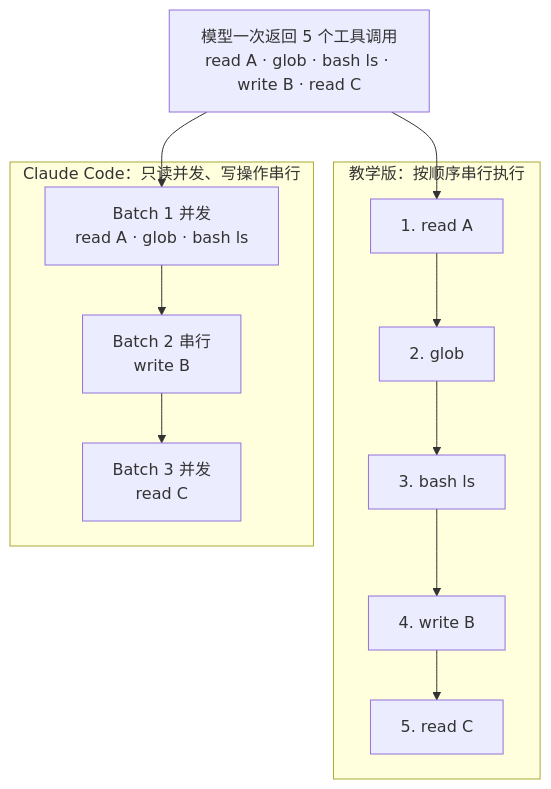
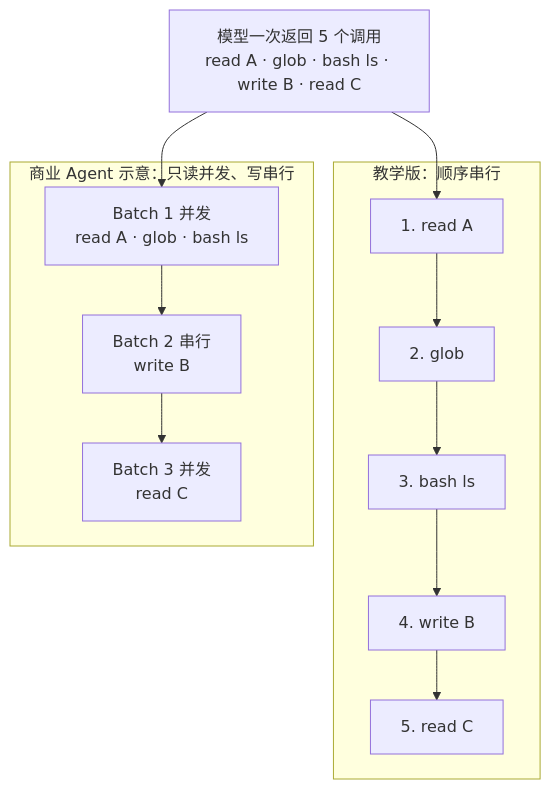
The second of 2 diagrams in code-agent-course/s02-tool-use.md (shengxinjing/build-your-agent), drawn with Mermaid before and after one commit. The commit also changed other lines of this file and 11 other files, not shown here.

````diff
--- a/code-agent-course/s02-tool-use.md
+++ b/code-agent-course/s02-tool-use.md
@@ -49,12 +49,12 @@
 ```mermaid
 flowchart TD
-  IN["模型一次返回 5 个工具调用<br/>read A · glob · bash ls · write B · read C"]
+  IN["模型一次返回 5 个调用<br/>read A · glob · bash ls · write B · read C"]
   IN --> T1
   IN --> C1
-  subgraph TEACH["教学版：按顺序串行执行"]
+  subgraph TEACH["教学版：顺序串行"]
     T1["1. read A"] --> T2["2. glob"] --> T3["3. bash ls"] --> T4["4. write B"] --> T5["5. read C"]
   end
-  subgraph CC["Claude Code：只读并发、写操作串行"]
+  subgraph CC["商业 Agent 示意：只读并发、写串行"]
     C1["Batch 1 并发<br/>read A · glob · bash ls"] --> C2["Batch 2 串行<br/>write B"] --> C3["Batch 3 并发<br/>read C"]
   end
 ```
````
